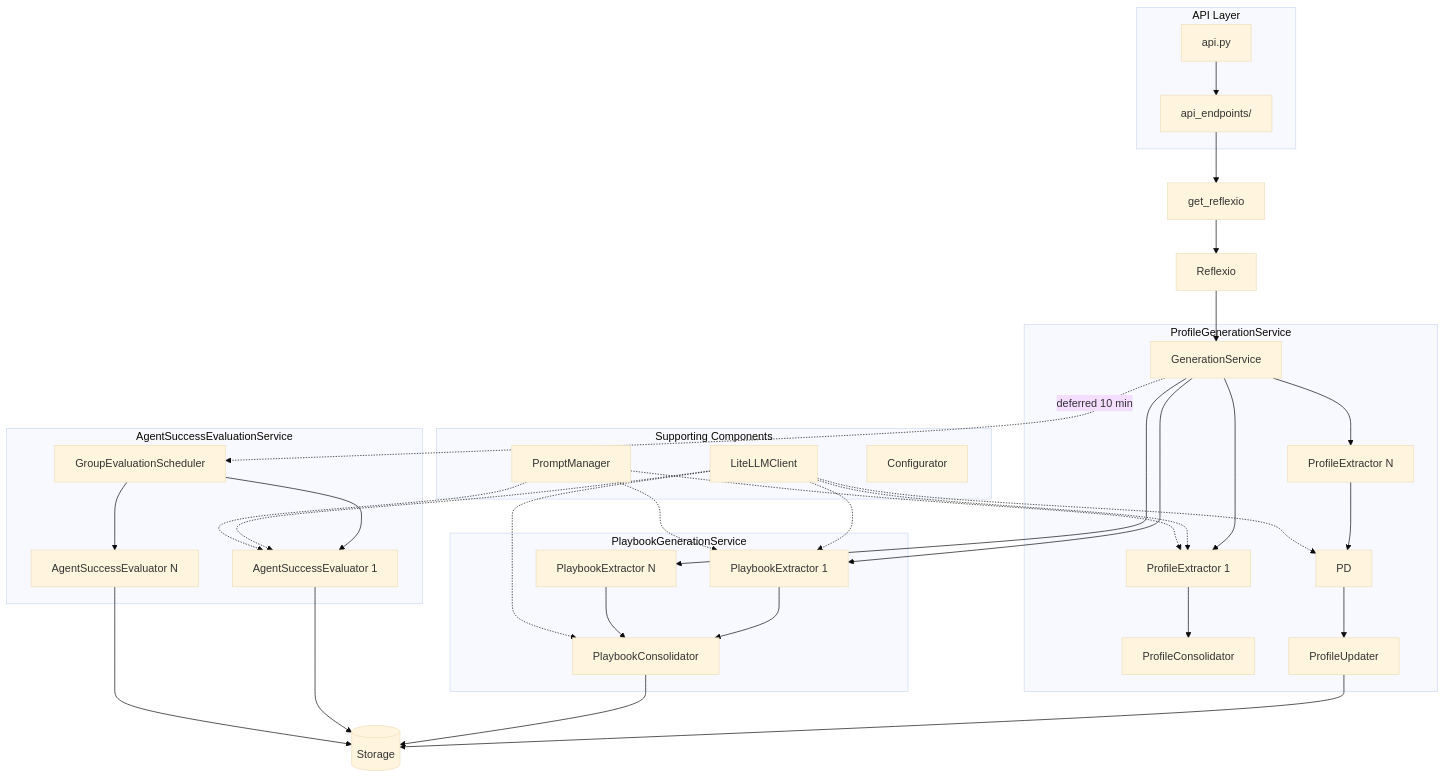
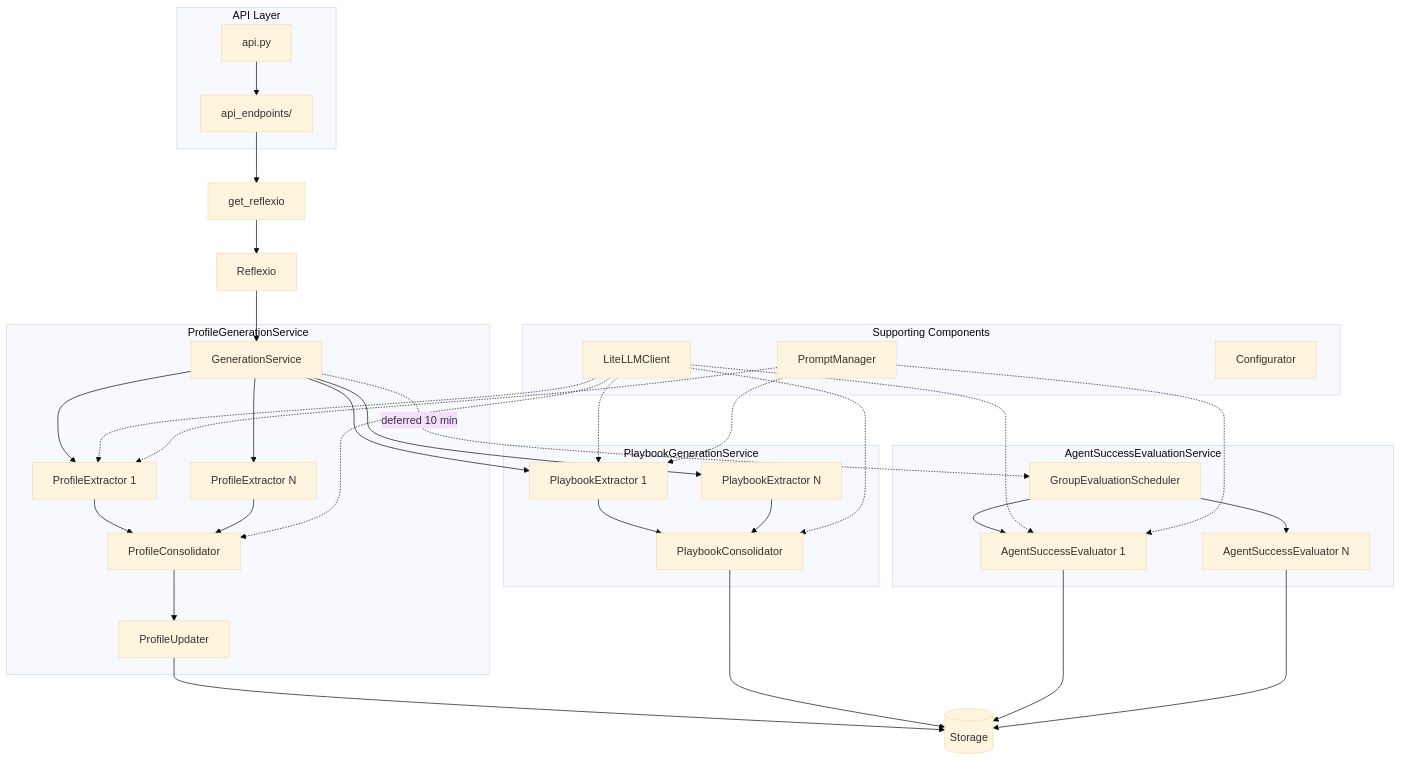
Before and after one commit to ReflexioAI/reflexio: the diagram in reflexio/server/README.md, drawn with Mermaid (base theme).

Commit message:
docs: fix profile consolidator mermaid refs

````diff
--- a/reflexio/server/README.md
+++ b/reflexio/server/README.md
@@ -532,51 +532,51 @@
 ```mermaid
 flowchart TB
     subgraph API["API Layer"]
         A[api.py] --> B[api_endpoints/]
     end
 
     B --> C[get_reflexio]
     C --> D[Reflexio]
     D --> E[GenerationService]
 
     subgraph ProfileService["ProfileGenerationService"]
         E --> F1[ProfileExtractor 1]
         E --> F2[ProfileExtractor N]
         F1 --> PC[ProfileConsolidator]
-        F2 --> PD
-        PD --> PU[ProfileUpdater]
+        F2 --> PC
+        PC --> PU[ProfileUpdater]
     end
 
     subgraph PlaybookService["PlaybookGenerationService"]
         E --> G1[PlaybookExtractor 1]
         E --> G2[PlaybookExtractor N]
         G1 --> FD[PlaybookConsolidator]
         G2 --> FD
     end
 
     subgraph EvalService["AgentSuccessEvaluationService"]
         E -.->|deferred 10 min| SCH[GroupEvaluationScheduler]
         SCH --> H1[AgentSuccessEvaluator 1]
         SCH --> H2[AgentSuccessEvaluator N]
     end
 
     PU --> I[(Storage)]
     FD --> I
     H1 --> I
     H2 --> I
 
     subgraph Support["Supporting Components"]
         J[LiteLLMClient]
         K[PromptManager]
         L[Configurator]
     end
 
     J -.-> F1
     J -.-> G1
     J -.-> H1
-    J -.-> PD
+    J -.-> PC
     J -.-> FD
     K -.-> F1
     K -.-> G1
     K -.-> H1
 ```
````
